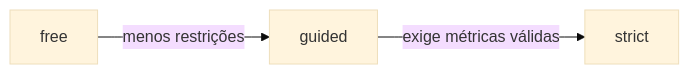
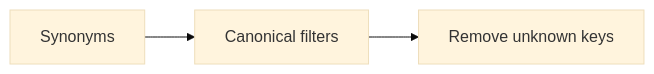
One commit to fernandesyuri33/chat-observatorio-turismo changed the fifth of 8 diagrams in docs/arquitetura.md. Above: the diagram before and after it, drawn with Mermaid (base theme). The commit also changed other lines of this file and 7 other files, not shown here.

````diff
--- a/docs/arquitetura.md
+++ b/docs/arquitetura.md
@@ -122,7 +122,7 @@
 ```mermaid
 flowchart LR
 
-A[free]
-   -->|menos restrições| B[guided]
-   -->|exige métricas válidas| C[strict]
+A[Synonyms]
+  --> B[Canonical filters]
+  --> C[Remove unknown keys]
 ```
````
